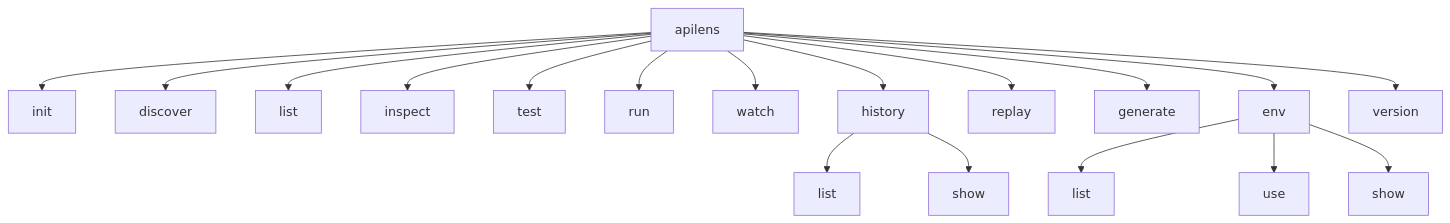
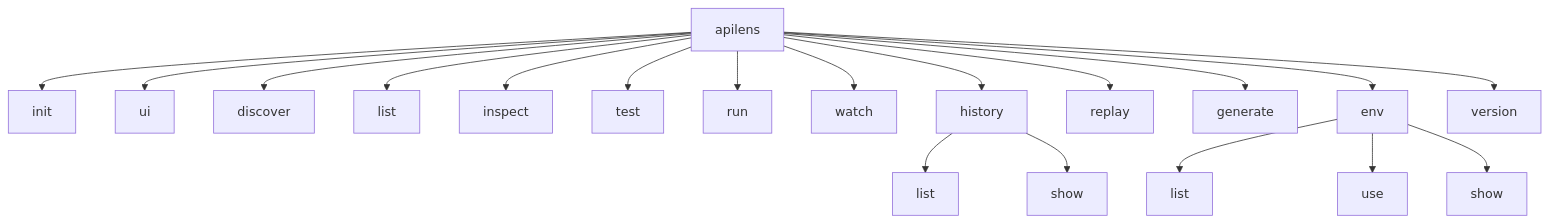
One commit to sand1027/apilens changed the diagram in docs/05-cli.md. Above: the diagram before and after it, drawn with Mermaid. The commit also changed other lines of this file and 122 other files, not shown here.

````diff
--- a/docs/05-cli.md
+++ b/docs/05-cli.md
@@ -11,21 +11,22 @@
 ```mermaid
 flowchart TB
     Root[apilens]
-    Root --> Init[init]
-    Root --> Discover[discover]
+	Root --> Init[init]
+	Root --> UI[ui]
+	Root --> Discover[discover]
     Root --> List[list]
     Root --> Inspect[inspect]
     Root --> Test[test]
     Root --> Run[run]
     Root --> Watch[watch]
     Root --> History[history]
     Root --> Replay[replay]
     Root --> Generate[generate]
     Root --> Env[env]
     Root --> Version[version]
     Env --> EnvList[list]
     Env --> EnvUse[use]
     Env --> EnvShow[show]
     History --> HistList[list]
     History --> HistShow[show]
 ```
````
